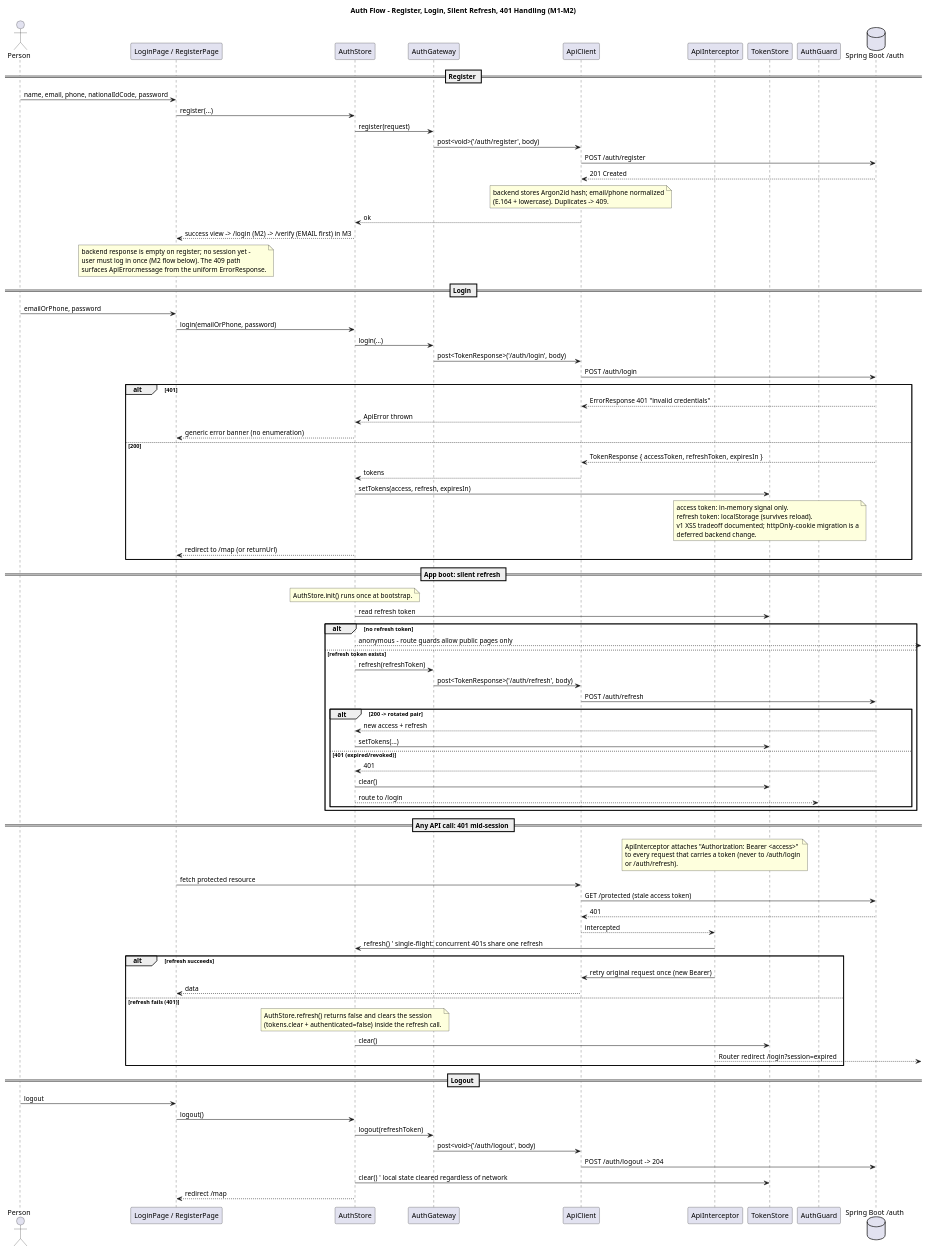
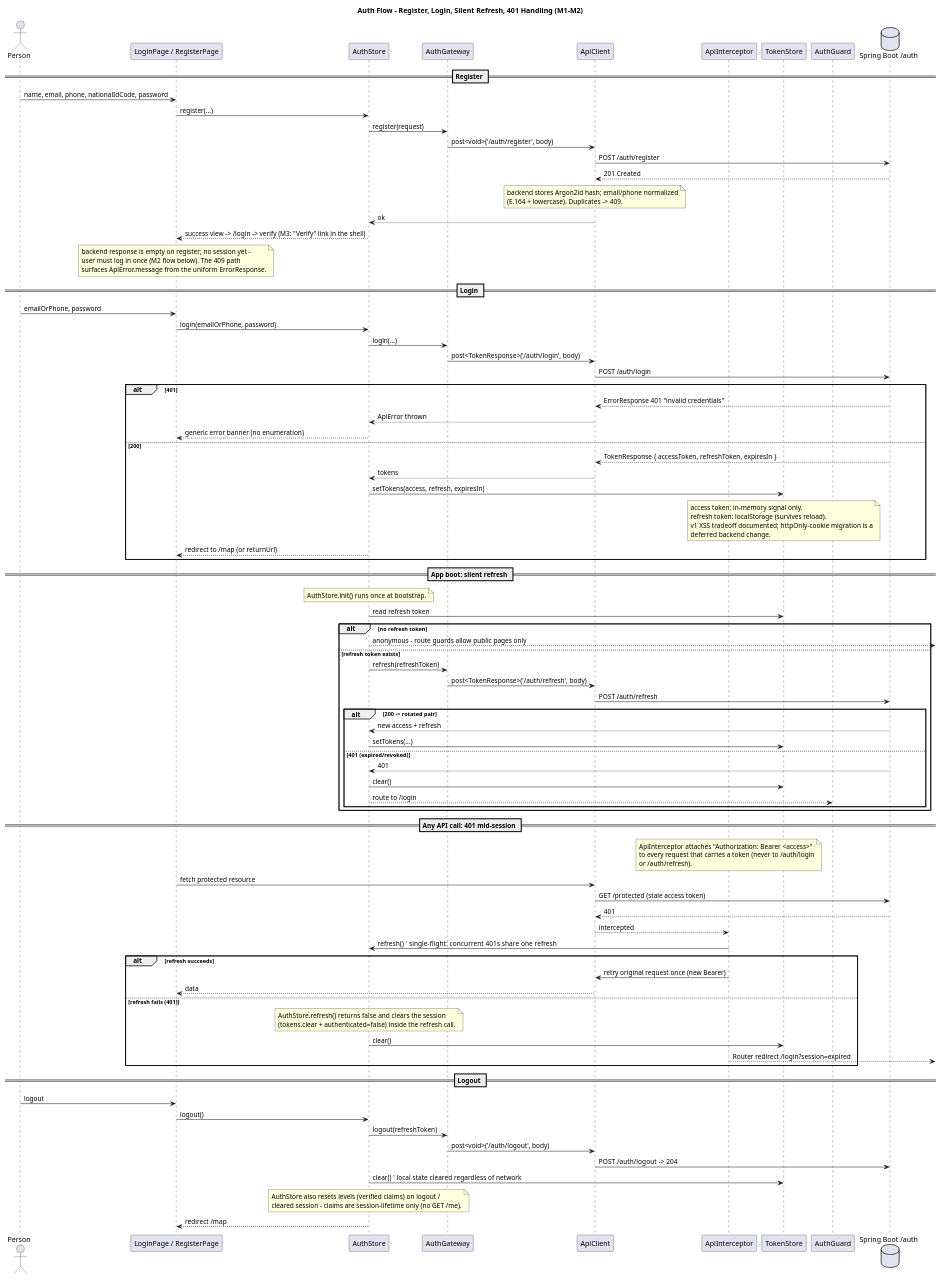
The diagram in frontend/docs/02-auth-flow.puml (Bro223/OpenShelter), drawn with PlantUML before and after one commit. The commit also changed 26 other files, not shown here.

```diff
--- a/frontend/docs/02-auth-flow.puml
+++ b/frontend/docs/02-auth-flow.puml
@@ -1,109 +1,113 @@
 @startuml
 title Auth Flow - Register, Login, Silent Refresh, 401 Handling (M1-M2)
 
 actor Person
 
 participant "LoginPage / RegisterPage" as PG
 participant "AuthStore" as AS
 participant "AuthGateway" as AG
 participant "ApiClient" as AC
 participant "ApiInterceptor" as AI
 participant "TokenStore" as TS
 participant "AuthGuard" as G
 database "Spring Boot /auth" as API
 
 == Register ==
 Person -> PG : name, email, phone, nationalIdCode, password
 PG -> AS : register(...)
 AS -> AG : register(request)
 AG -> AC : post<void>('/auth/register', body)
 AC -> API : POST /auth/register
 API --> AC : 201 Created
 note over AC
   backend stores Argon2id hash; email/phone normalized
   (E.164 + lowercase). Duplicates -> 409.
 end note
 AC --> AS : ok
-AS --> PG : success view -> /login (M2) -> /verify (EMAIL first) in M3
+AS --> PG : success view -> /login -> verify (M3: "Verify" link in the shell)
 note over PG
   backend response is empty on register; no session yet -
   user must log in once (M2 flow below). The 409 path
   surfaces ApiError.message from the uniform ErrorResponse.
 end note
 
 == Login ==
 Person -> PG : emailOrPhone, password
 PG -> AS : login(emailOrPhone, password)
 AS -> AG : login(...)
 AG -> AC : post<TokenResponse>('/auth/login', body)
 AC -> API : POST /auth/login
 alt 401
   API --> AC : ErrorResponse 401 "invalid credentials"
   AC --> AS : ApiError thrown
   AS --> PG : generic error banner (no enumeration)
 else 200
   API --> AC : TokenResponse { accessToken, refreshToken, expiresIn }
   AC --> AS : tokens
   AS -> TS : setTokens(access, refresh, expiresIn)
   note over TS
     access token: in-memory signal only.
     refresh token: localStorage (survives reload).
     v1 XSS tradeoff documented; httpOnly-cookie migration is a
     deferred backend change.
   end note
   AS --> PG : redirect to /map (or returnUrl)
 end
 
 == App boot: silent refresh ==
 note over AS
   AuthStore.init() runs once at bootstrap.
 end note
 AS -> TS : read refresh token
 alt no refresh token
   AS --> : anonymous - route guards allow public pages only
 else refresh token exists
   AS -> AG : refresh(refreshToken)
   AG -> AC : post<TokenResponse>('/auth/refresh', body)
   AC -> API : POST /auth/refresh
   alt 200 -> rotated pair
     API --> AS : new access + refresh
     AS -> TS : setTokens(...)
   else 401 (expired/revoked)
     API --> AS : 401
     AS -> TS : clear()
     AS --> G : route to /login
   end
 end
 
 == Any API call: 401 mid-session ==
 note over AI
   ApiInterceptor attaches "Authorization: Bearer <access>"
   to every request that carries a token (never to /auth/login
   or /auth/refresh).
 end note
 PG -> AC : fetch protected resource
 AC -> API : GET /protected (stale access token)
 API --> AC : 401
 AC --> AI : intercepted
 AI -> AS : refresh()   ' single-flight: concurrent 401s share one refresh
 alt refresh succeeds
   AI -> AC : retry original request once (new Bearer)
   AC --> PG : data
 else refresh fails (401)
   note over AS
     AuthStore.refresh() returns false and clears the session
     (tokens.clear + authenticated=false) inside the refresh call.
   end note
   AS -> TS : clear()
   AI --> : Router redirect /login?session=expired
 end
 
 == Logout ==
 Person -> PG : logout
 PG -> AS : logout()
 AS -> AG : logout(refreshToken)
 AG -> AC : post<void>('/auth/logout', body)
 AC -> API : POST /auth/logout  -> 204
 AS -> TS : clear()  ' local state cleared regardless of network
+note over AS
+  AuthStore also resets levels (verified claims) on logout /
+  cleared session - claims are session-lifetime only (no GET /me).
+end note
 AS --> PG : redirect /map
 @enduml
```
